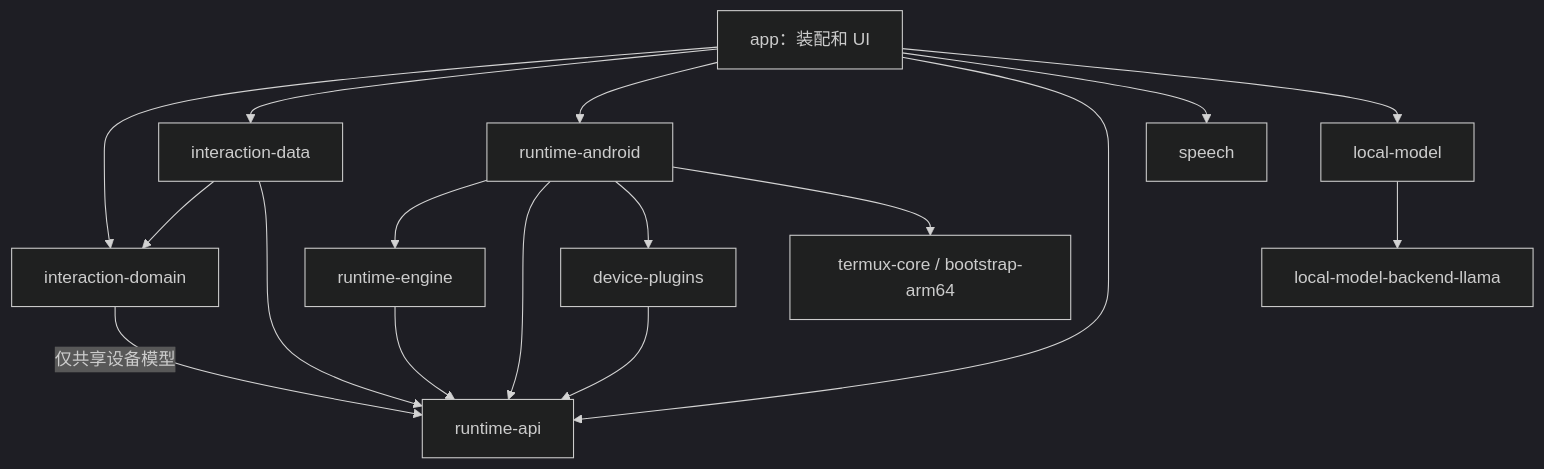
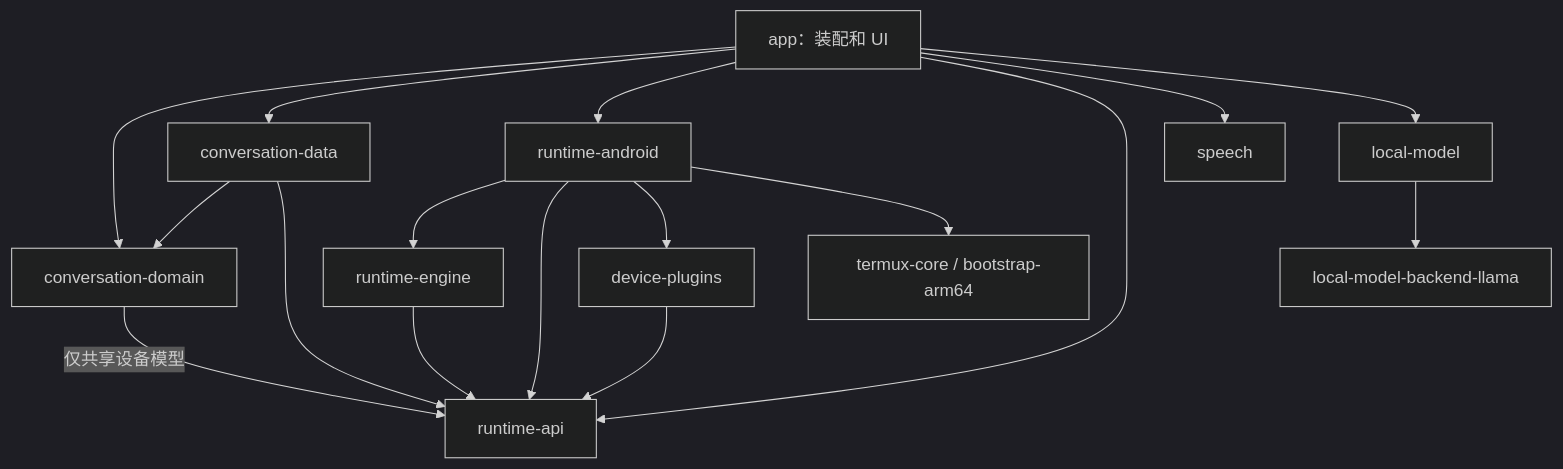
The diagram in docs/design/module-consolidation.md (ytlog/mobby), drawn with Mermaid (dark theme) before and after one commit. The commit also changed other lines of this file and 261 other files, not shown here.

````diff
--- a/docs/design/module-consolidation.md
+++ b/docs/design/module-consolidation.md
@@ -120,19 +120,19 @@
 ```mermaid
 flowchart TD
-    App[app：装配和 UI] --> Domain[interaction-domain]
-    App --> Data[interaction-data]
+    App[app：装配和 UI] --> Domain[conversation-domain]
+    App --> Data[conversation-data]
     App --> Android[runtime-android]
     App --> API[runtime-api]
     Data --> Domain
     Data --> API
     Domain -->|仅共享设备模型| API
     Android --> Engine[runtime-engine]
     Android --> API
     Engine --> API
     Android --> Device[device-plugins]
     Device --> API
     Android --> Termux[termux-core / bootstrap-arm64]
     App --> Speech[speech]
     App --> Model[local-model]
     Model --> Llama[local-model-backend-llama]
 ```
````
